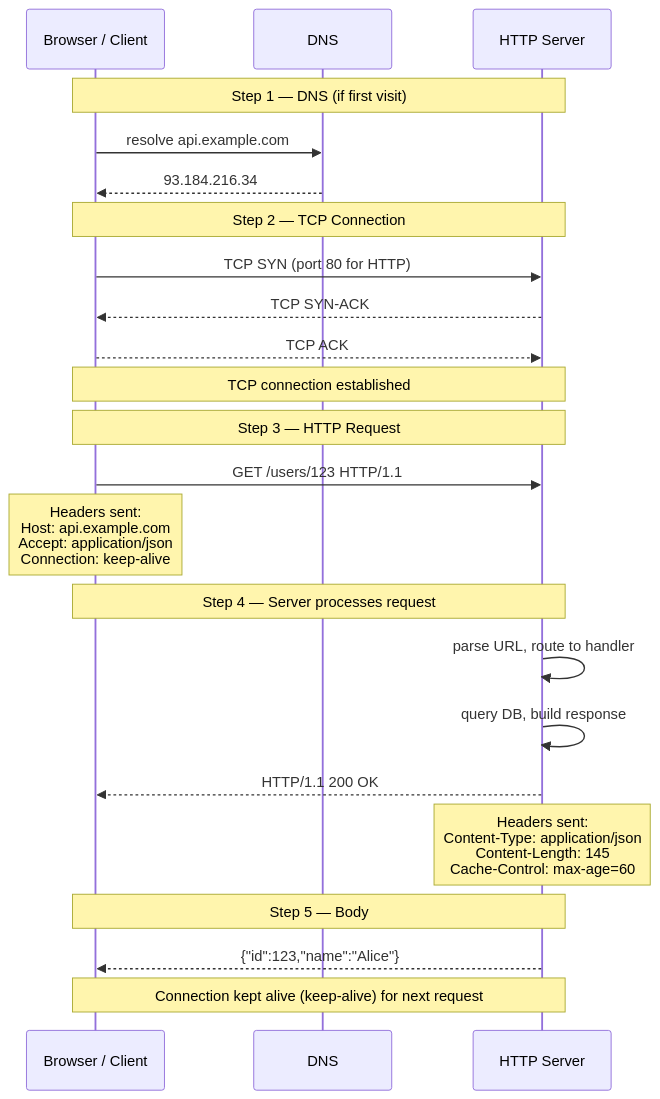
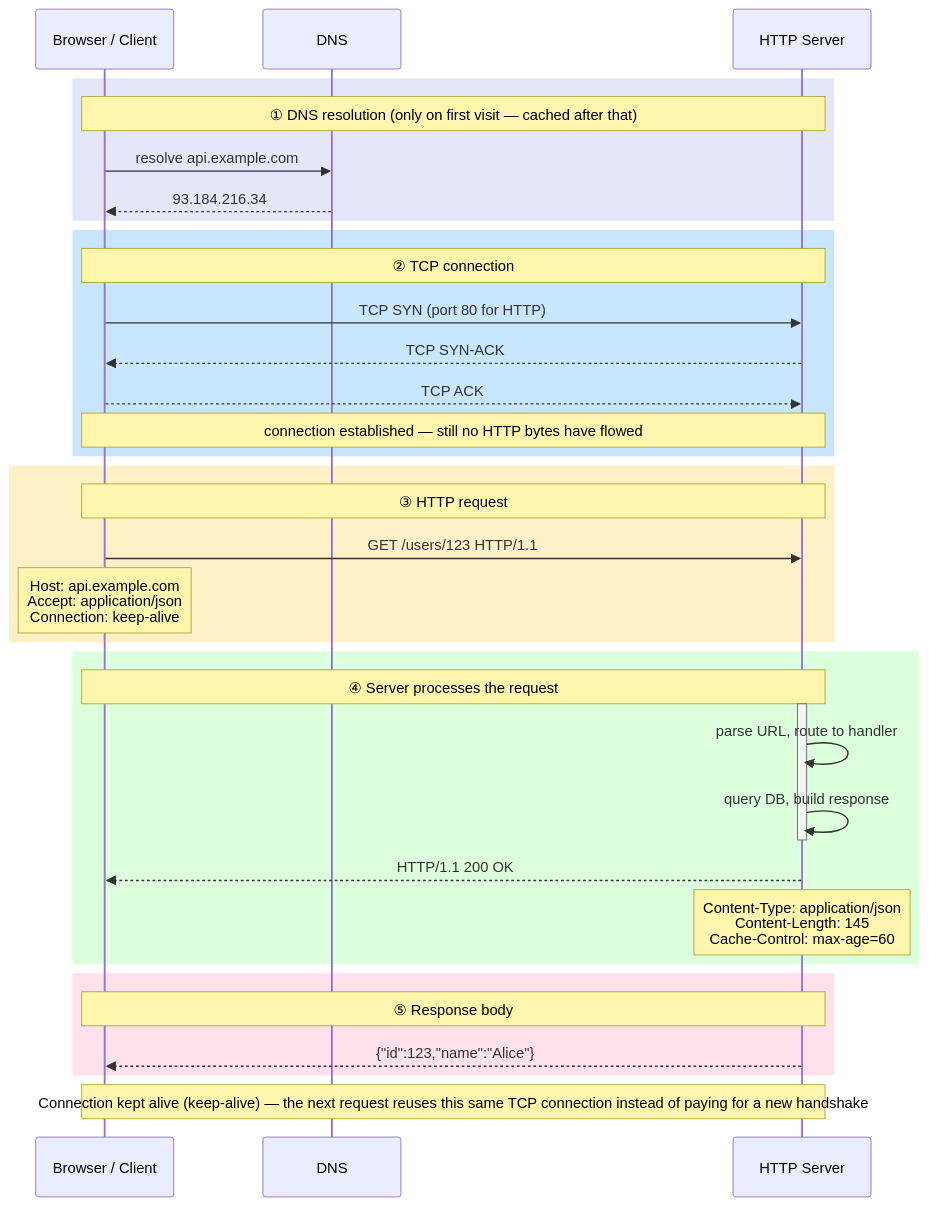
Before and after one commit to deepanshu-rawat6/DevOpsIndex: the first of 9 diagrams in networking/http-versions.md, drawn with Mermaid. The commit also changed other lines of this file and 8 other files, not shown here.

````diff
--- a/networking/http-versions.md
+++ b/networking/http-versions.md
@@ -5,31 +12,43 @@
 ```mermaid
 sequenceDiagram
     participant BROWSER as Browser / Client
     participant DNS2 as DNS
     participant SERVER as HTTP Server
 
-    Note over BROWSER,SERVER: Step 1 — DNS (if first visit)
-    BROWSER->>DNS2: resolve api.example.com
-    DNS2-->>BROWSER: 93.184.216.34
+    rect rgb(230, 230, 250)
+        Note over BROWSER,SERVER: ① DNS resolution (only on first visit — cached after that)
+        BROWSER->>DNS2: resolve api.example.com
+        DNS2-->>BROWSER: 93.184.216.34
+    end
 
-    Note over BROWSER,SERVER: Step 2 — TCP Connection
-    BROWSER->>SERVER: TCP SYN (port 80 for HTTP)
-    SERVER-->>BROWSER: TCP SYN-ACK
-    BROWSER-->>SERVER: TCP ACK
-    Note over BROWSER,SERVER: TCP connection established
+    rect rgb(200, 230, 255)
+        Note over BROWSER,SERVER: ② TCP connection
+        BROWSER->>SERVER: TCP SYN (port 80 for HTTP)
+        SERVER-->>BROWSER: TCP SYN-ACK
+        BROWSER-->>SERVER: TCP ACK
+        Note over BROWSER,SERVER: connection established — still no HTTP bytes have flowed
+    end
 
-    Note over BROWSER,SERVER: Step 3 — HTTP Request
-    BROWSER->>SERVER: GET /users/123 HTTP/1.1
-    Note over BROWSER: Headers sent:<br>Host: api.example.com<br>Accept: application/json<br>Connection: keep-alive
+    rect rgb(255, 240, 200)
+        Note over BROWSER,SERVER: ③ HTTP request
+        BROWSER->>SERVER: GET /users/123 HTTP/1.1
+        Note over BROWSER: Host: api.example.com<br/>Accept: application/json<br/>Connection: keep-alive
+    end
 
-    Note over BROWSER,SERVER: Step 4 — Server processes request
-    SERVER->>SERVER: parse URL, route to handler
-    SERVER->>SERVER: query DB, build response
-    SERVER-->>BROWSER: HTTP/1.1 200 OK
-    Note over SERVER: Headers sent:<br>Content-Type: application/json<br>Content-Length: 145<br>Cache-Control: max-age=60
+    rect rgb(220, 255, 220)
+        Note over BROWSER,SERVER: ④ Server processes the request
+        activate SERVER
+        SERVER->>SERVER: parse URL, route to handler
+        SERVER->>SERVER: query DB, build response
+        deactivate SERVER
+        SERVER-->>BROWSER: HTTP/1.1 200 OK
+        Note over SERVER: Content-Type: application/json<br/>Content-Length: 145<br/>Cache-Control: max-age=60
+    end
 
-    Note over BROWSER,SERVER: Step 5 — Body
-    SERVER-->>BROWSER: {"id":123,"name":"Alice"}
+    rect rgb(255, 225, 235)
+        Note over BROWSER,SERVER: ⑤ Response body
+        SERVER-->>BROWSER: {"id":123,"name":"Alice"}
+    end
 
-    Note over BROWSER,SERVER: Connection kept alive (keep-alive) for next request
+    Note over BROWSER,SERVER: Connection kept alive (keep-alive) — the next request reuses this same TCP connection instead of paying for a new handshake
 ```
````
